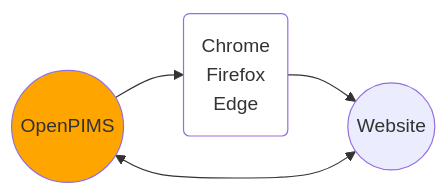
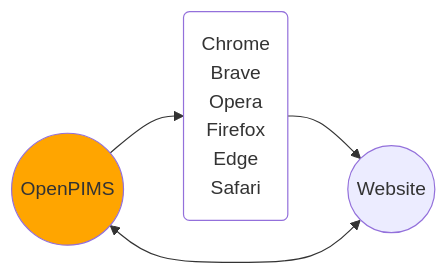
One commit to openpims/openpims changed the first of 3 diagrams in README.md. Above: the diagram before and after it, drawn with Mermaid. The commit also changed other lines of this file and 78 other files, not shown here.

````diff
--- a/README.md
+++ b/README.md
@@ -7,8 +7,8 @@
 ```mermaid
   graph LR;
-      A((OpenPIMS)) --> B(Chrome<br>Firefox<br>Edge);
+      A((OpenPIMS)) --> B(Chrome<br>Brave<br>Opera<br>Firefox<br>Edge<br>Safari);
       B --> C((Website));
       C <--> A;
       style A fill:orange
       style B fill:white
 ```
````
